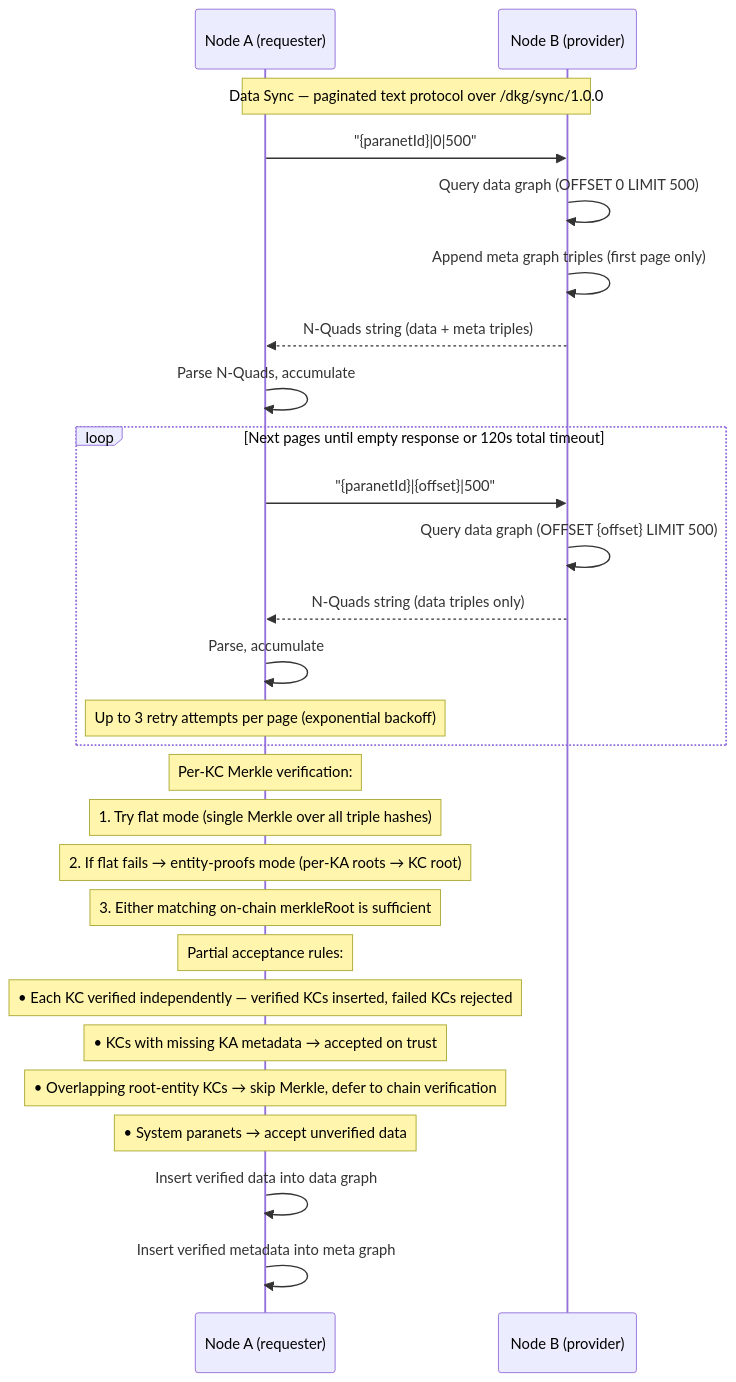
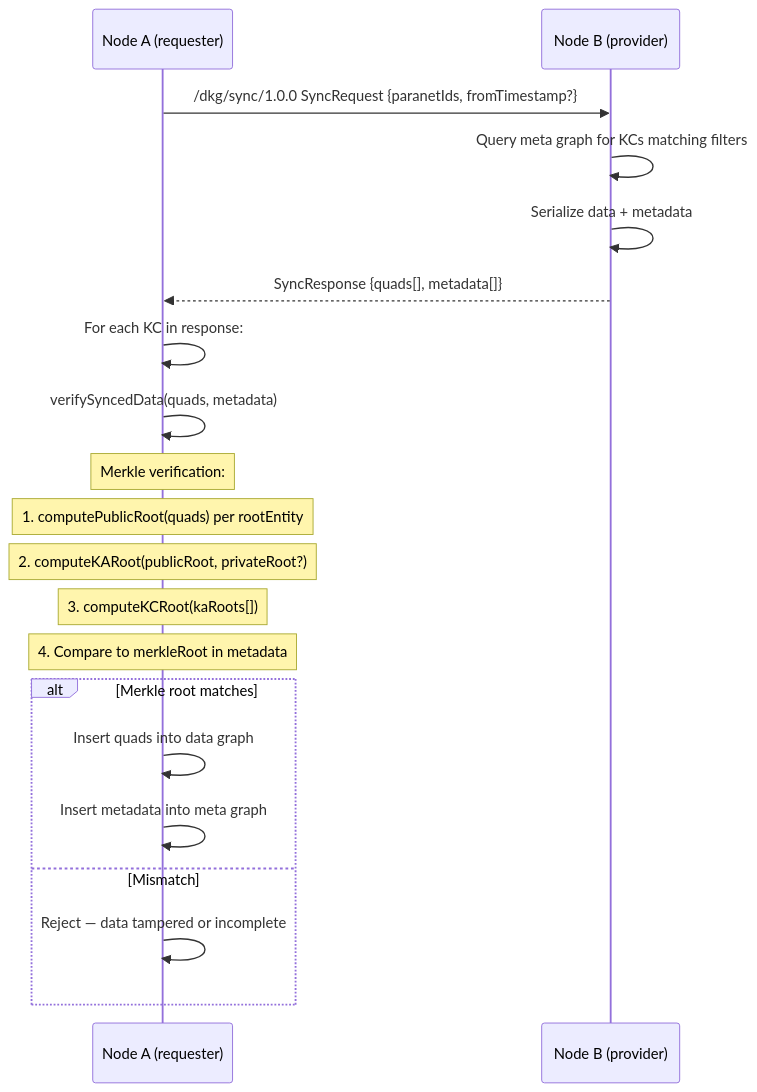
One commit to OriginTrail/dkg-v9 changed diagram 12 of 18 in docs/v9-protocol-operations.md. Above: the diagram before and after it, drawn with Mermaid. The commit also changed other lines of this file and 12 other files, not shown here.

````diff
--- a/docs/v9-protocol-operations.md
+++ b/docs/v9-protocol-operations.md
@@ -648,36 +1022,28 @@
 ```mermaid
 sequenceDiagram
     participant A as Node A (requester)
     participant B as Node B (provider)
 
-    Note over A,B: Data Sync — paginated text protocol over /dkg/sync/1.0.0
+    A->>B: /dkg/sync/1.0.0 SyncRequest {paranetIds, fromTimestamp?}
 
-    A->>B: "{paranetId}|0|500"
-    B->>B: Query data graph (OFFSET 0 LIMIT 500)
-    B->>B: Append meta graph triples (first page only)
-    B-->>A: N-Quads string (data + meta triples)
+    B->>B: Query meta graph for KCs matching filters
+    B->>B: Serialize data + metadata
 
-    A->>A: Parse N-Quads, accumulate
+    B-->>A: SyncResponse {quads[], metadata[]}
 
-    loop Next pages until empty response or 120s total timeout
-        A->>B: "{paranetId}|{offset}|500"
-        B->>B: Query data graph (OFFSET {offset} LIMIT 500)
-        B-->>A: N-Quads string (data triples only)
-        A->>A: Parse, accumulate
-        Note over A: Up to 3 retry attempts per page (exponential backoff)
+    A->>A: For each KC in response:
+    A->>A: verifySyncedData(quads, metadata)
+
+    Note over A: Merkle verification:
+    Note over A: 1. computePublicRoot(quads) per rootEntity
+    Note over A: 2. computeKARoot(publicRoot, privateRoot?)
+    Note over A: 3. computeKCRoot(kaRoots[])
+    Note over A: 4. Compare to merkleRoot in metadata
+
+    alt Merkle root matches
+        A->>A: Insert quads into data graph
+        A->>A: Insert metadata into meta graph
+    else Mismatch
+        A->>A: Reject — data tampered or incomplete
     end
-
-    Note over A: Per-KC Merkle verification:
-    Note over A: 1. Try flat mode (single Merkle over all triple hashes)
-    Note over A: 2. If flat fails → entity-proofs mode (per-KA roots → KC root)
-    Note over A: 3. Either matching on-chain merkleRoot is sufficient
-
-    Note over A: Partial acceptance rules:
-    Note over A: • Each KC verified independently — verified KCs inserted, failed KCs rejected
-    Note over A: • KCs with missing KA metadata → accepted on trust
-    Note over A: • Overlapping root-entity KCs → skip Merkle, defer to chain verification
-    Note over A: • System paranets → accept unverified data
-
-    A->>A: Insert verified data into data graph
-    A->>A: Insert verified metadata into meta graph
 ```
````
